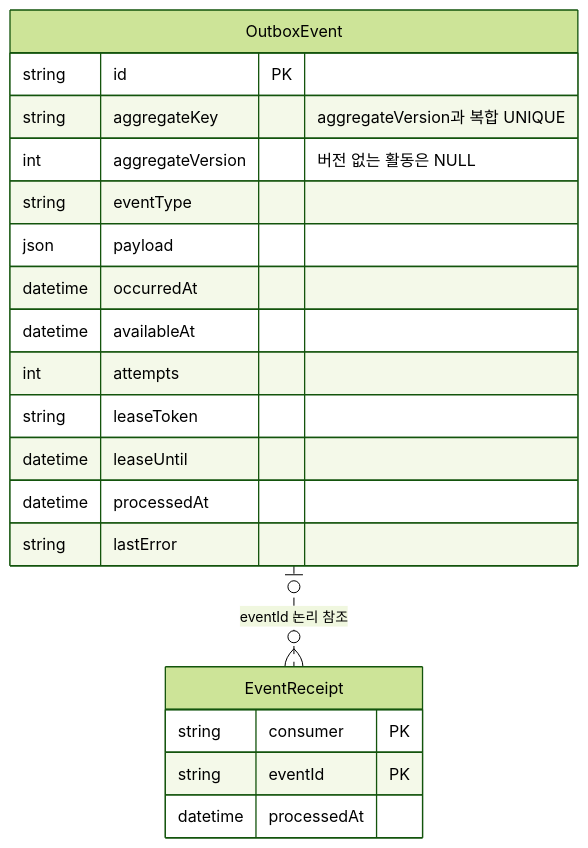
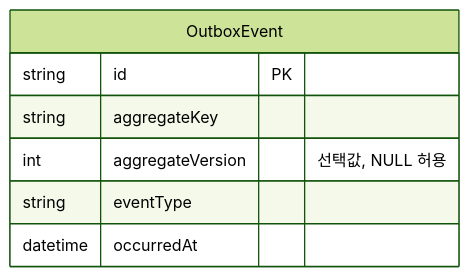
One commit to luke0408/blog-erd changed the seventh of 10 diagrams in docs/request-failure-management.md. Above: the diagram before and after it, drawn with Mermaid (forest theme). The commit also changed other lines of this file and 5 other files, not shown here.

Commit message:
docs(erd): reorder student questions by design requirements

````diff
--- a/docs/request-failure-management.md
+++ b/docs/request-failure-management.md
@@ -214,23 +215,10 @@
 ```mermaid
 erDiagram
     OutboxEvent {
         string id PK
-        string aggregateKey "aggregateVersion과 복합 UNIQUE"
-        int aggregateVersion "버전 없는 활동은 NULL"
+        string aggregateKey
+        int aggregateVersion "선택값, NULL 허용"
         string eventType
-        json payload
         datetime occurredAt
-        datetime availableAt
-        int attempts
-        string leaseToken
-        datetime leaseUntil
-        datetime processedAt
-        string lastError
     }
-    EventReceipt {
-        string consumer PK
-        string eventId PK
-        datetime processedAt
-    }
-    OutboxEvent |o..o{ EventReceipt : "eventId 논리 참조"
 ```
````
